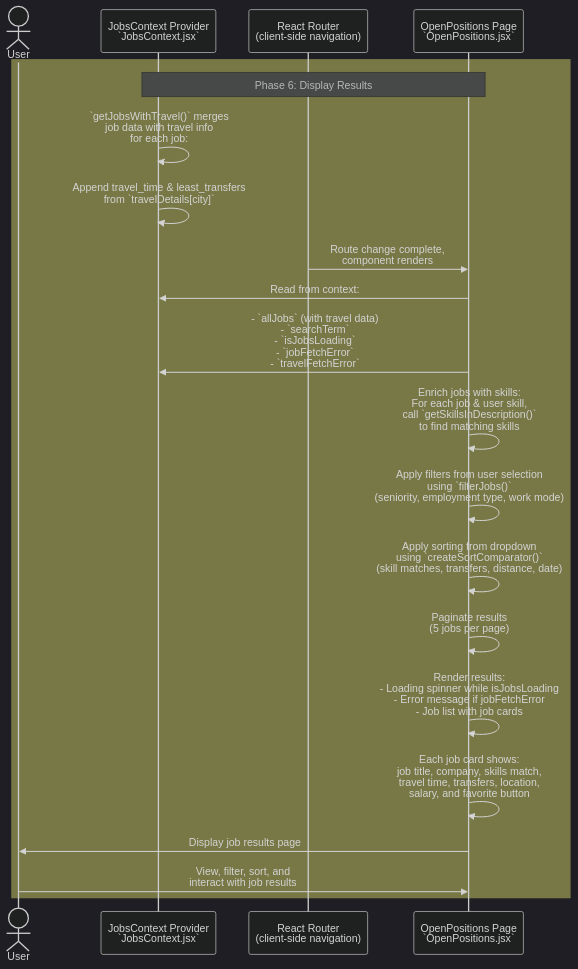
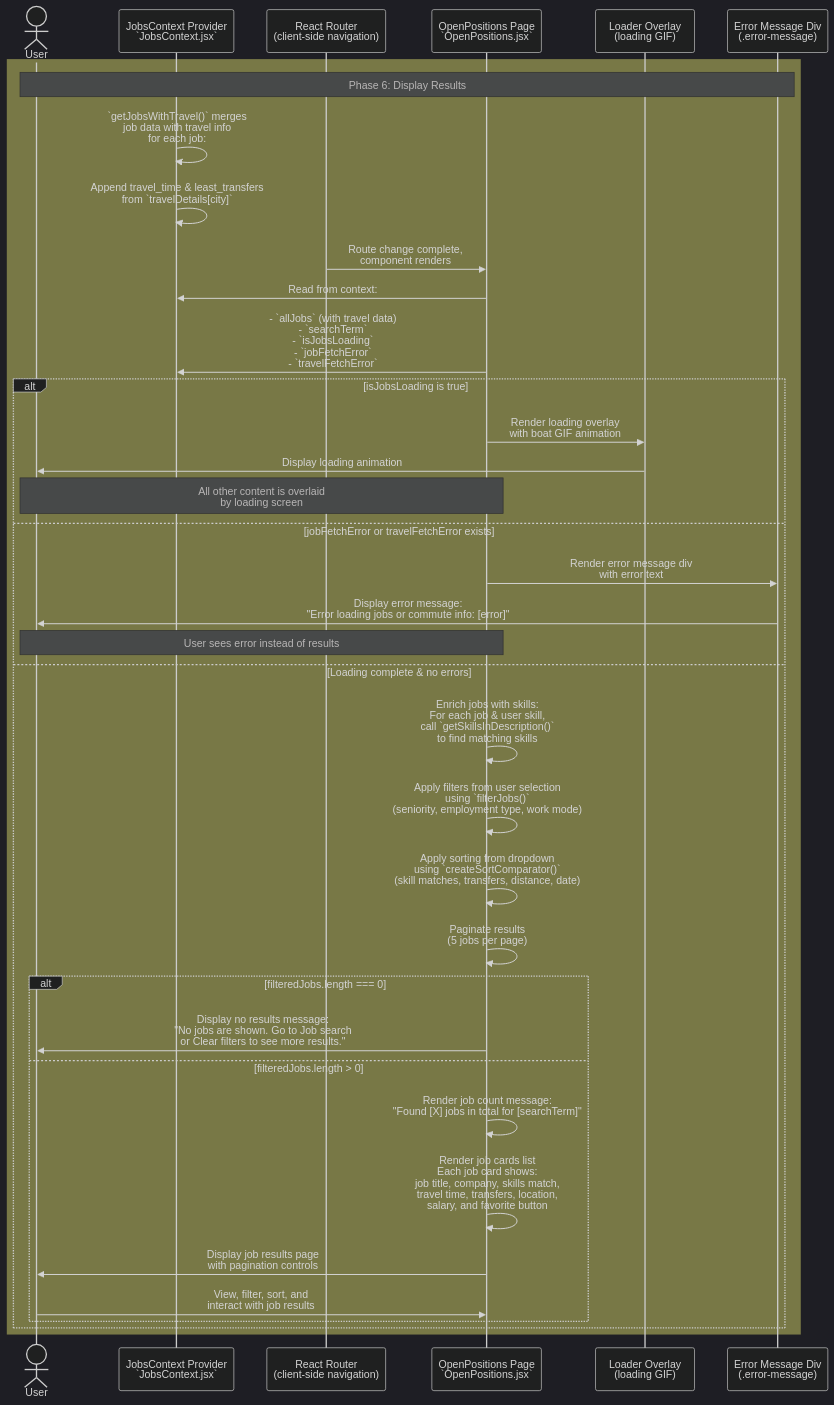
The diagram in documentation/jobFetch/jobFetch-Phase6.md (YahyaAl-Ademi/2025.10.23-JobCompass), drawn with Mermaid before and after one commit. The commit also changed 4 other files, not shown here.

Commit message:
Enhance job fetch documentation with detailed sequence diagrams for phases 1 to 6, including input validation, context state updates, travel details fetching, and result display logic.

````diff
--- a/documentation/jobFetch/jobFetch-Phase6.md
+++ b/documentation/jobFetch/jobFetch-Phase6.md
@@ -1,34 +1,50 @@
 ```mermaid
 %%{init: {'theme': 'dark', 'themeVariables': { 'primaryColor':'#1a1a1a', 'primaryBorderColor':'#4a9eff', 'lineColor':'#4a9eff', 'tertiaryColor':'#2a2a2a', 'tertiaryBorderColor':'#4a9eff', 'tertiaryTextColor':'#ffffff'}, 'sequence': {'actorMargin': 50}}}%%
 sequenceDiagram
     actor User
     participant JobsContext as JobsContext Provider<br/>`JobsContext.jsx`
     participant Router as React Router<br/>(client-side navigation)
     participant OpenPositions as OpenPositions Page<br/>`OpenPositions.jsx`
+    participant LoaderOverlay as Loader Overlay<br/>(loading GIF)
+    participant ErrorDisplay as Error Message Div<br/>(.error-message)
 
     rect rgb(120, 120, 70)
-    Note over JobsContext,OpenPositions: Phase 6: Display Results
+    Note over User,ErrorDisplay: Phase 6: Display Results
     JobsContext->>JobsContext: `getJobsWithTravel()` merges<br/>job data with travel info<br/>for each job:
     JobsContext->>JobsContext: Append travel_time & least_transfers<br/>from `travelDetails[city]`
 
     Router->>OpenPositions: Route change complete,<br/>component renders
 
     OpenPositions->>JobsContext: Read from context:
     OpenPositions->>JobsContext: - `allJobs` (with travel data)<br/>- `searchTerm`<br/>- `isJobsLoading`<br/>- `jobFetchError`<br/>- `travelFetchError`
 
-    OpenPositions->>OpenPositions: Enrich jobs with skills:<br/>For each job & user skill,<br/>call `getSkillsInDescription()`<br/>to find matching skills
+    alt isJobsLoading is true
+        OpenPositions->>LoaderOverlay: Render loading overlay<br/>with boat GIF animation
+        LoaderOverlay->>User: Display loading animation
+        Note over OpenPositions,User: All other content is overlaid<br/>by loading screen
+    else jobFetchError or travelFetchError exists
+        OpenPositions->>ErrorDisplay: Render error message div<br/>with error text
+        ErrorDisplay->>User: Display error message:<br/>"Error loading jobs or commute info: [error]"
+        Note over OpenPositions,User: User sees error instead of results
+    else Loading complete & no errors
+        OpenPositions->>OpenPositions: Enrich jobs with skills:<br/>For each job & user skill,<br/>call `getSkillsInDescription()`<br/>to find matching skills
 
-    OpenPositions->>OpenPositions: Apply filters from user selection<br/>using `filterJobs()`<br/>(seniority, employment type, work mode)
+        OpenPositions->>OpenPositions: Apply filters from user selection<br/>using `filterJobs()`<br/>(seniority, employment type, work mode)
 
-    OpenPositions->>OpenPositions: Apply sorting from dropdown<br/>using `createSortComparator()`<br/>(skill matches, transfers, distance, date)
+        OpenPositions->>OpenPositions: Apply sorting from dropdown<br/>using `createSortComparator()`<br/>(skill matches, transfers, distance, date)
 
-    OpenPositions->>OpenPositions: Paginate results<br/>(5 jobs per page)
+        OpenPositions->>OpenPositions: Paginate results<br/>(5 jobs per page)
 
-    OpenPositions->>OpenPositions: Render results:<br/>- Loading spinner while isJobsLoading<br/>- Error message if jobFetchError<br/>- Job list with job cards
-    OpenPositions->>OpenPositions: Each job card shows:<br/>job title, company, skills match,<br/>travel time, transfers, location,<br/>salary, and favorite button
-    OpenPositions->>User: Display job results page
+        alt filteredJobs.length === 0
+            OpenPositions->>User: Display no results message:<br/>"No jobs are shown. Go to Job search<br/>or Clear filters to see more results."
+        else filteredJobs.length > 0
+            OpenPositions->>OpenPositions: Render job count message:<br/>"Found [X] jobs in total for [searchTerm]"
+            OpenPositions->>OpenPositions: Render job cards list<br/>Each job card shows:<br/>job title, company, skills match,<br/>travel time, transfers, location,<br/>salary, and favorite button
+            OpenPositions->>User: Display job results page<br/>with pagination controls
 
-    User->>OpenPositions: View, filter, sort, and<br/>interact with job results
+            User->>OpenPositions: View, filter, sort, and<br/>interact with job results
+        end
+    end
 
     end
 ```
````
